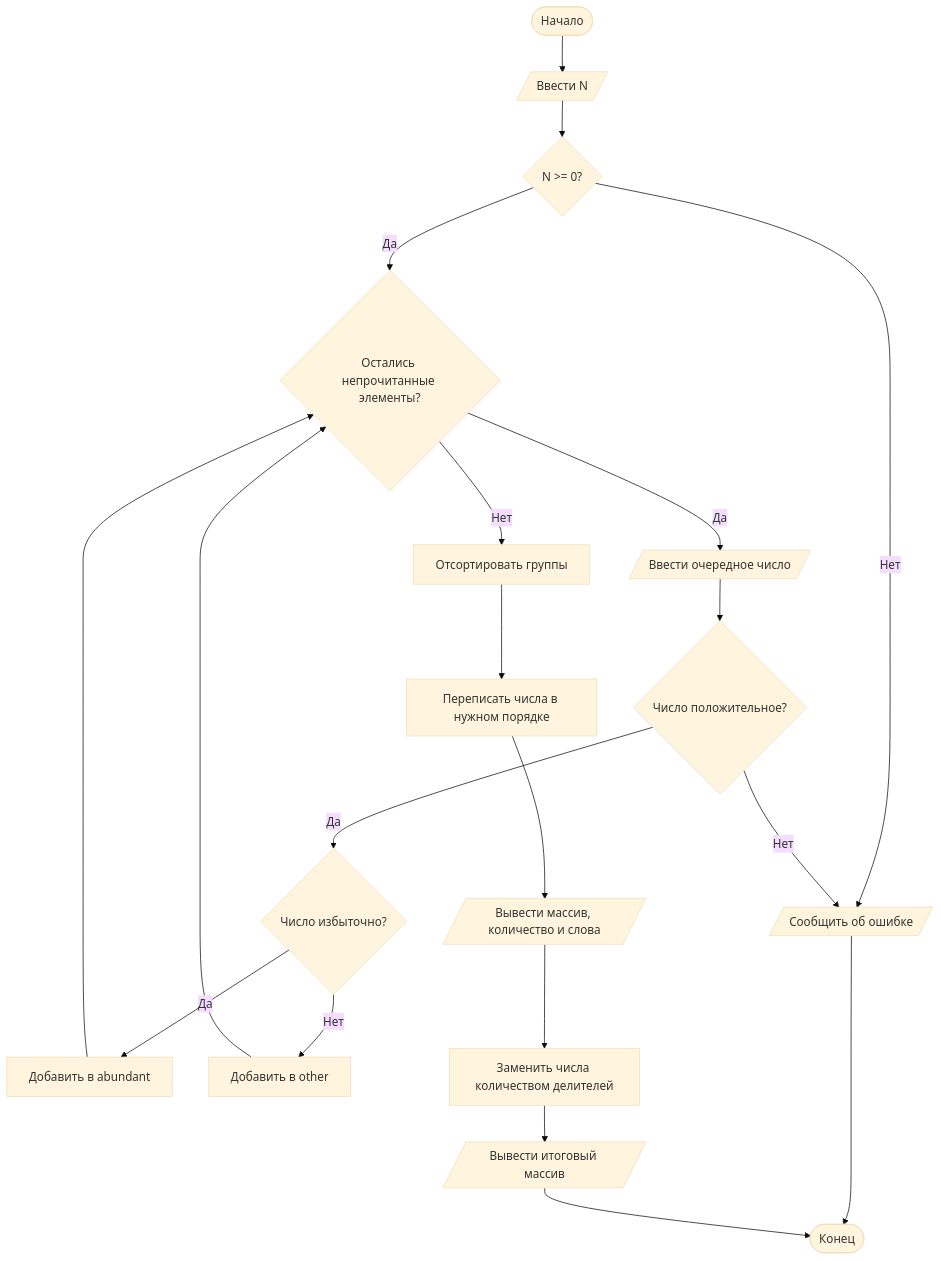
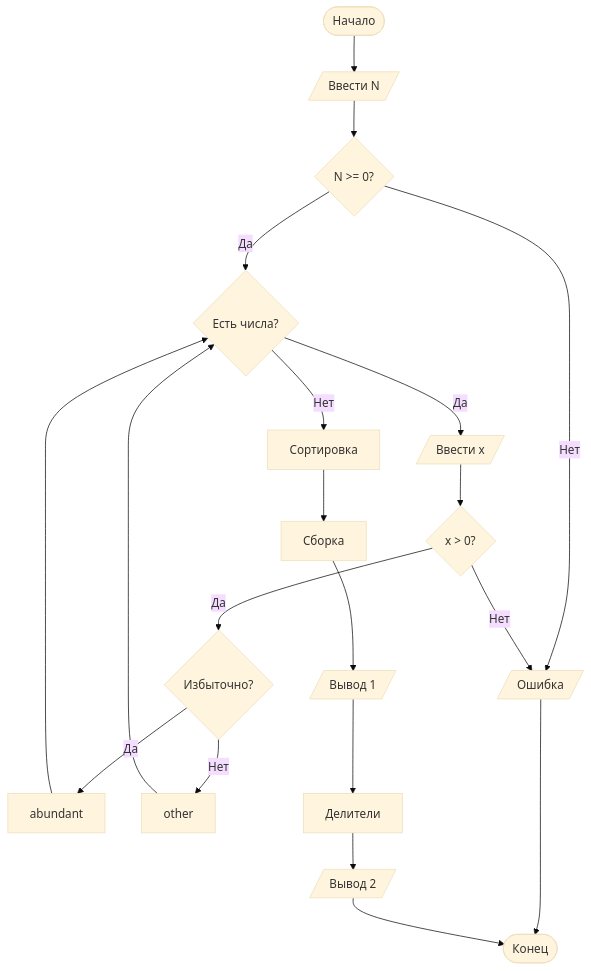
One commit to AngelicaSeliwerstova/OP_Labs changed the diagram in Lab2/README.md. Above: the diagram before and after it, drawn with Mermaid (base theme). The commit also changed other lines of this file and 1 other file, not shown here.

Commit message:
Simplify README and fix lab 2 flowchart labels

````diff
--- a/Lab2/README.md
+++ b/Lab2/README.md
@@ -87,22 +87,22 @@
 ```mermaid
 graph TD
     A([Начало]) --> B[/Ввести N/]
-    B --> C{N >= 0?}
-    C -- Нет --> X[/Сообщить об ошибке/]
+    B --> C{"N >= 0?"}
+    C -- Нет --> X[/Ошибка/]
     X --> Z([Конец])
-    C -- Да --> D{Остались непрочитанные элементы?}
-    D -- Да --> E[/Ввести очередное число/]
-    E --> F{Число положительное?}
+    C -- Да --> D{Есть числа?}
+    D -- Да --> E[/Ввести x/]
+    E --> F{"x > 0?"}
     F -- Нет --> X
-    F -- Да --> G{Число избыточно?}
-    G -- Да --> H[Добавить в abundant]
-    G -- Нет --> I[Добавить в other]
+    F -- Да --> G{Избыточно?}
+    G -- Да --> H[abundant]
+    G -- Нет --> I[other]
     H --> D
     I --> D
-    D -- Нет --> J[Отсортировать группы]
-    J --> K[Переписать числа в нужном порядке]
-    K --> L[/Вывести массив, количество и слова/]
-    L --> M[Заменить числа количеством делителей]
-    M --> N[/Вывести итоговый массив/]
+    D -- Нет --> J[Сортировка]
+    J --> K[Сборка]
+    K --> L[/Вывод 1/]
+    L --> M[Делители]
+    M --> N[/Вывод 2/]
     N --> Z
 ```
````
